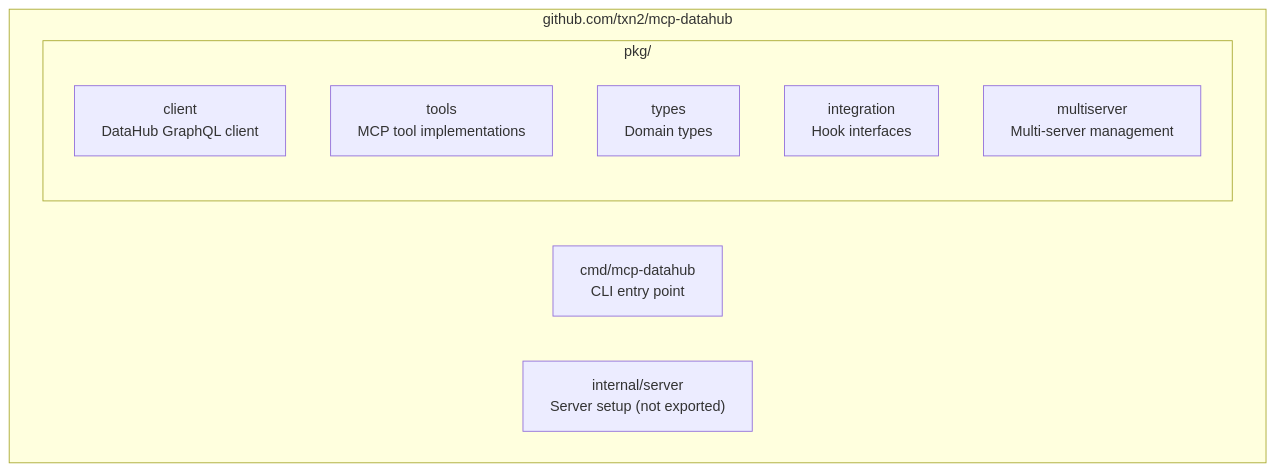
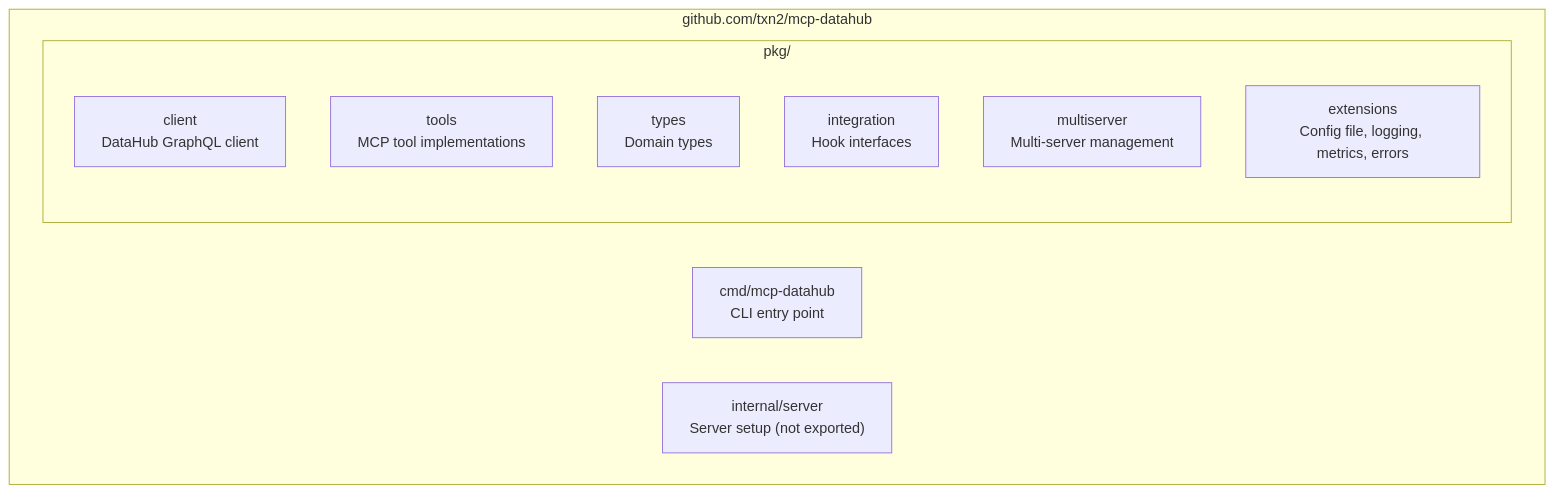
Before and after one commit to txn2/mcp-datahub: the first of 8 diagrams in docs/library/architecture.md, drawn with Mermaid. The commit also changed 45 other files, not shown here.

````diff
--- a/docs/library/architecture.md
+++ b/docs/library/architecture.md
@@ -15,14 +15,15 @@
 ```mermaid
 flowchart TB
     subgraph root["github.com/txn2/mcp-datahub"]
         cmd["cmd/mcp-datahub<br/>CLI entry point"]
         internal["internal/server<br/>Server setup (not exported)"]
         subgraph pkg["pkg/"]
             client["client<br/>DataHub GraphQL client"]
             tools["tools<br/>MCP tool implementations"]
             types["types<br/>Domain types"]
             integration["integration<br/>Hook interfaces"]
             multiserver["multiserver<br/>Multi-server management"]
+            extensions["extensions<br/>Config file, logging, metrics, errors"]
         end
     end
 ```
````
